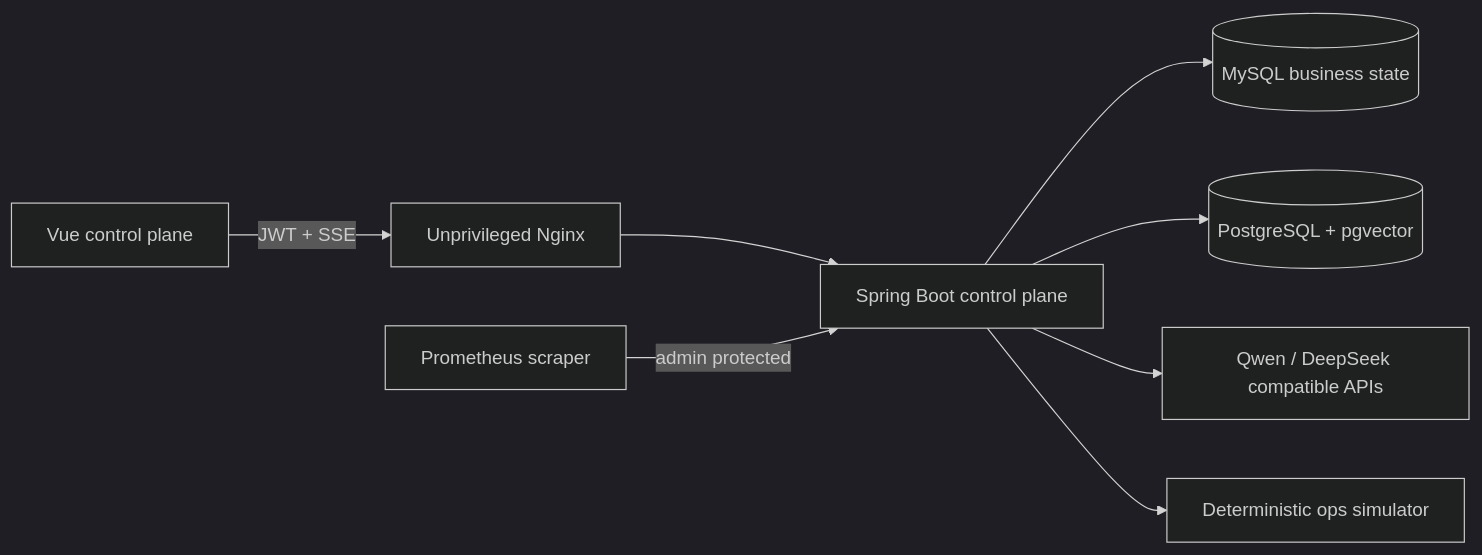
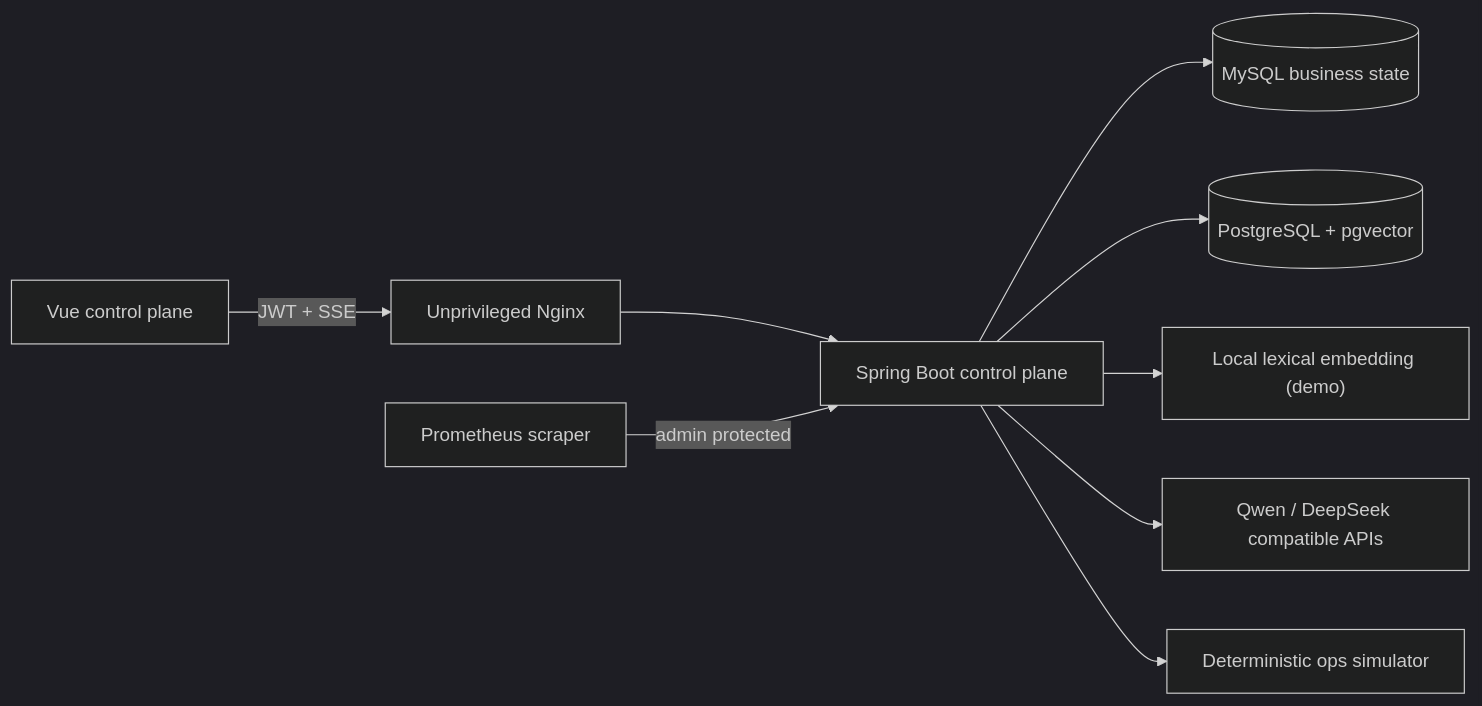
One commit to Chen127905/AIops-agent changed the first of 2 diagrams in docs/architecture.md. Above: the diagram before and after it, drawn with Mermaid (dark theme). The commit also changed other lines of this file and 15 other files, not shown here.

Commit message:
fix: make local pgvector knowledge flow runnable

````diff
--- a/docs/architecture.md
+++ b/docs/architecture.md
@@ -5,10 +5,11 @@
 ```mermaid
 flowchart LR
     Browser["Vue control plane"] -->|JWT + SSE| Nginx["Unprivileged Nginx"]
     Nginx --> API["Spring Boot control plane"]
     API --> MySQL[(MySQL business state)]
     API --> Vector[(PostgreSQL + pgvector)]
+    API --> LocalEmbedding["Local lexical embedding (demo)"]
     API --> Model["Qwen / DeepSeek compatible APIs"]
     API --> Simulator["Deterministic ops simulator"]
     Prometheus["Prometheus scraper"] -->|admin protected| API
 ```
````
